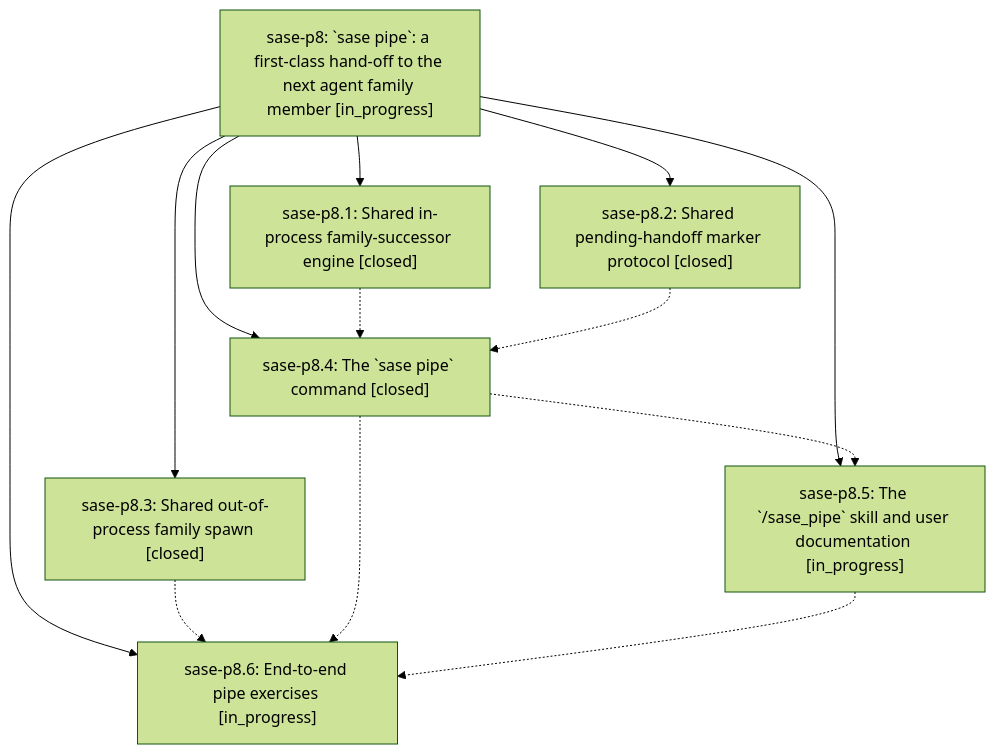
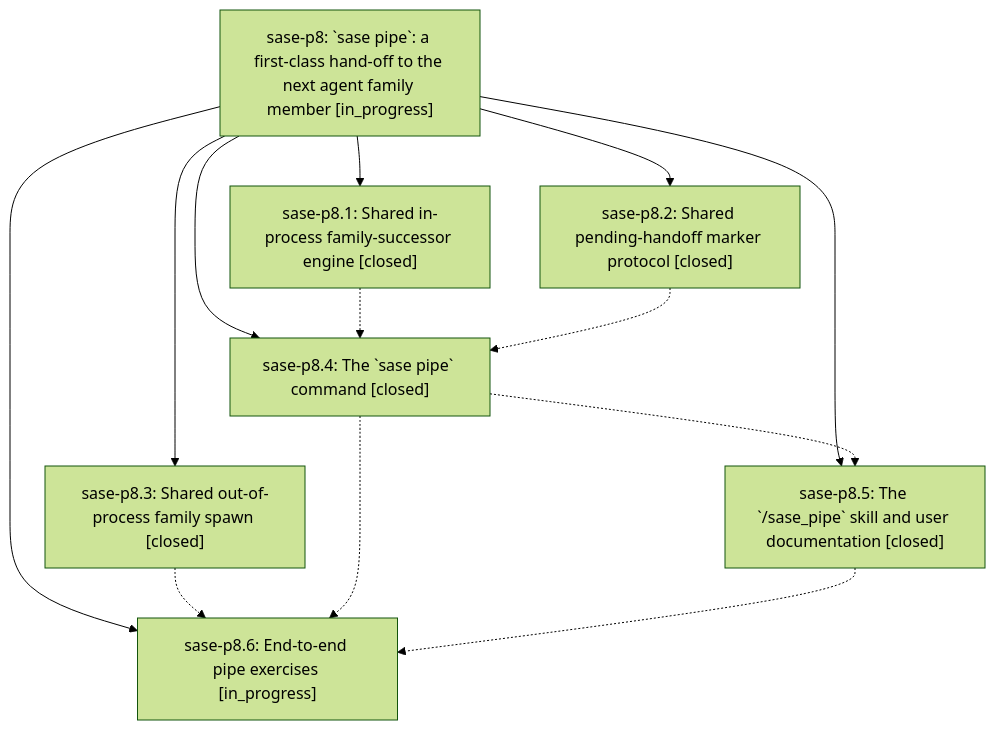
One commit to sase-org/sase--beads changed the diagram in pages/sase-p8/README.md. Above: the diagram before and after it, drawn with Mermaid (forest theme). The commit also changed other lines of this file and 3 other files, not shown here.

````diff
--- a/pages/sase-p8/README.md
+++ b/pages/sase-p8/README.md
@@ -27,22 +27,22 @@
 ```mermaid
 flowchart TD
     n0["sase-p8: `sase pipe`: a first-class hand-off to the next agent family member [in_progress]"]
     n1["sase-p8.1: Shared in-process family-successor engine [closed]"]
     n2["sase-p8.2: Shared pending-handoff marker protocol [closed]"]
     n3["sase-p8.3: Shared out-of-process family spawn [closed]"]
     n4["sase-p8.4: The `sase pipe` command [closed]"]
-    n5["sase-p8.5: The `/sase_pipe` skill and user documentation [in_progress]"]
+    n5["sase-p8.5: The `/sase_pipe` skill and user documentation [closed]"]
     n6["sase-p8.6: End-to-end pipe exercises [in_progress]"]
     n0 --> n1
     n0 --> n2
     n0 --> n3
     n0 --> n4
     n0 --> n5
     n0 --> n6
     n1 -.-> n4
     n2 -.-> n4
     n3 -.-> n6
     n4 -.-> n5
     n4 -.-> n6
     n5 -.-> n6
 ```
````
